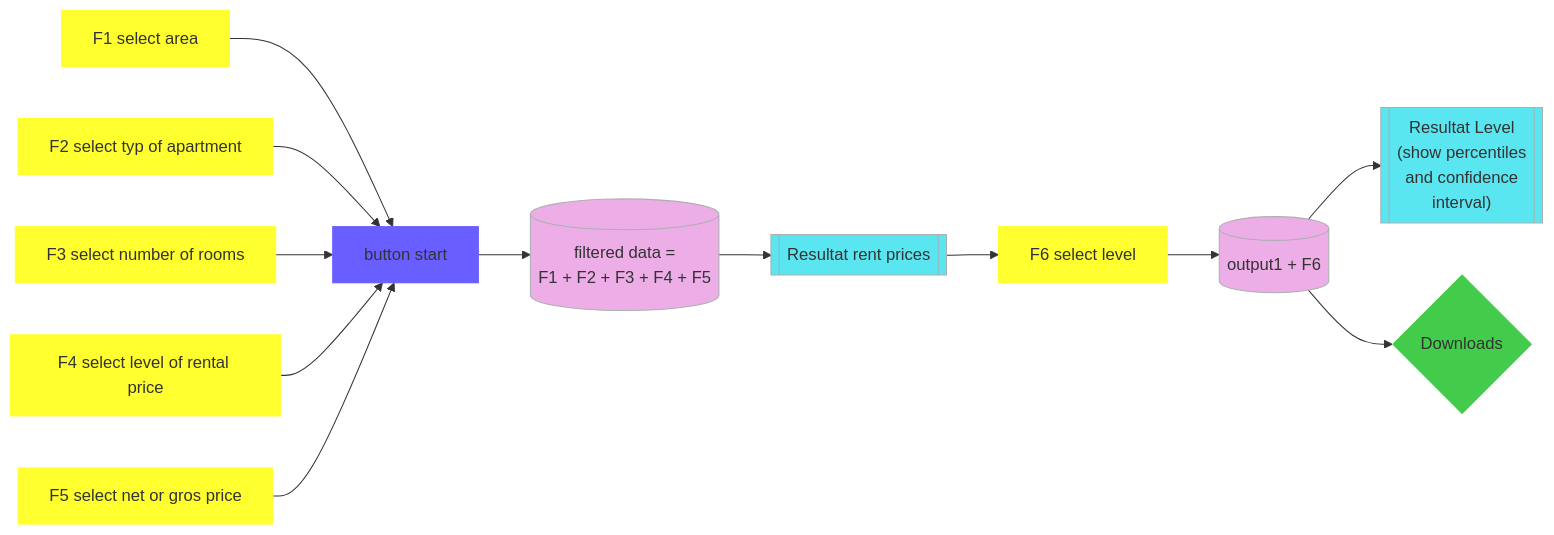
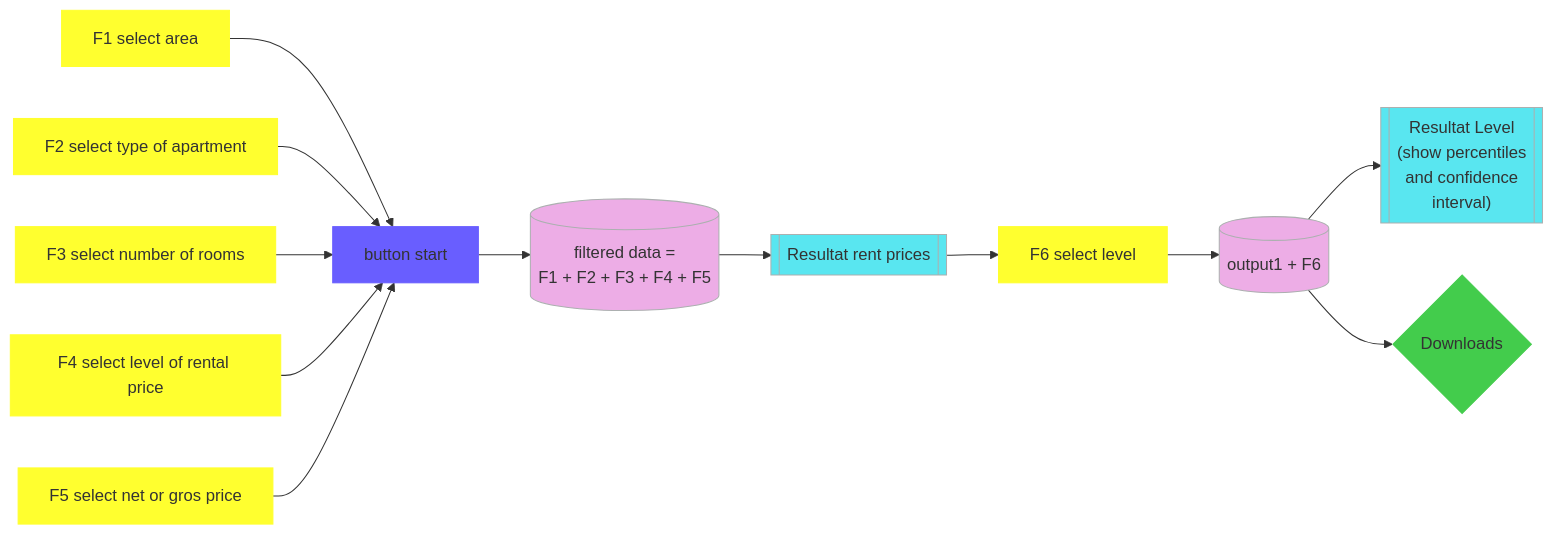
One commit to StatistikStadtZuerich/MPE-Tool changed the diagram in README.md. Above: the diagram before and after it, drawn with Mermaid.

````diff
--- a/README.md
+++ b/README.md
@@ -7,20 +7,20 @@
 ```mermaid
 flowchart LR;
   f1[F1 select area]:::filter --> button[button start]:::button
-  f2[F2 select typ of apartment]:::filter --> button
+  f2[F2 select type of apartment]:::filter --> button
   f3[F3 select number of rooms]:::filter --> button
   f4[F4 select level of rental price]:::filter --> button
   f5[F5 select net or gros price]:::filter --> button
   button --> output1[(filtered data = \nF1 + F2 + F3 + F4 + F5)]:::data
   output1 --> results1[[Resultat rent prices]]:::result
   results1 --> f6[F6 select level]:::filter
   f6 --> output2[(output1 + F6)]:::data
   output2 --> results2[["Resultat Level \n(show percentiles \nand confidence \ninterval)"]]:::result
   output2 --> downloads{Downloads}:::download
   
   classDef filter fill:#ffff2f,stroke:#ffff2f;
   classDef button fill:#695eff,stroke:#695eff;
   classDef data fill:#edade6,stroke:#acb0b0;
   classDef result fill:#59e6f0,stroke:#acb0b0;
   classDef download fill:#43cc4c,stroke:#43cc4c;
 ```
````
